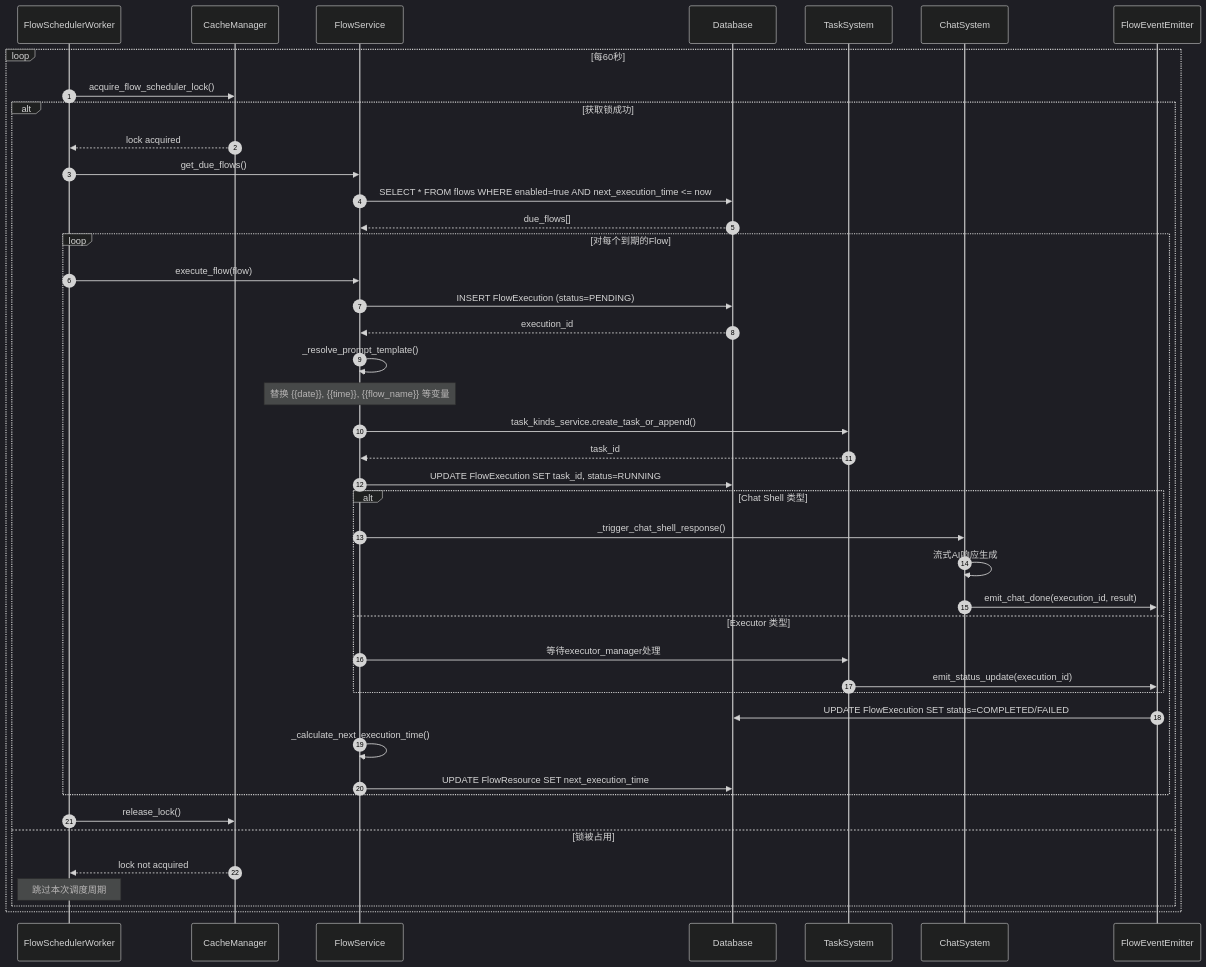
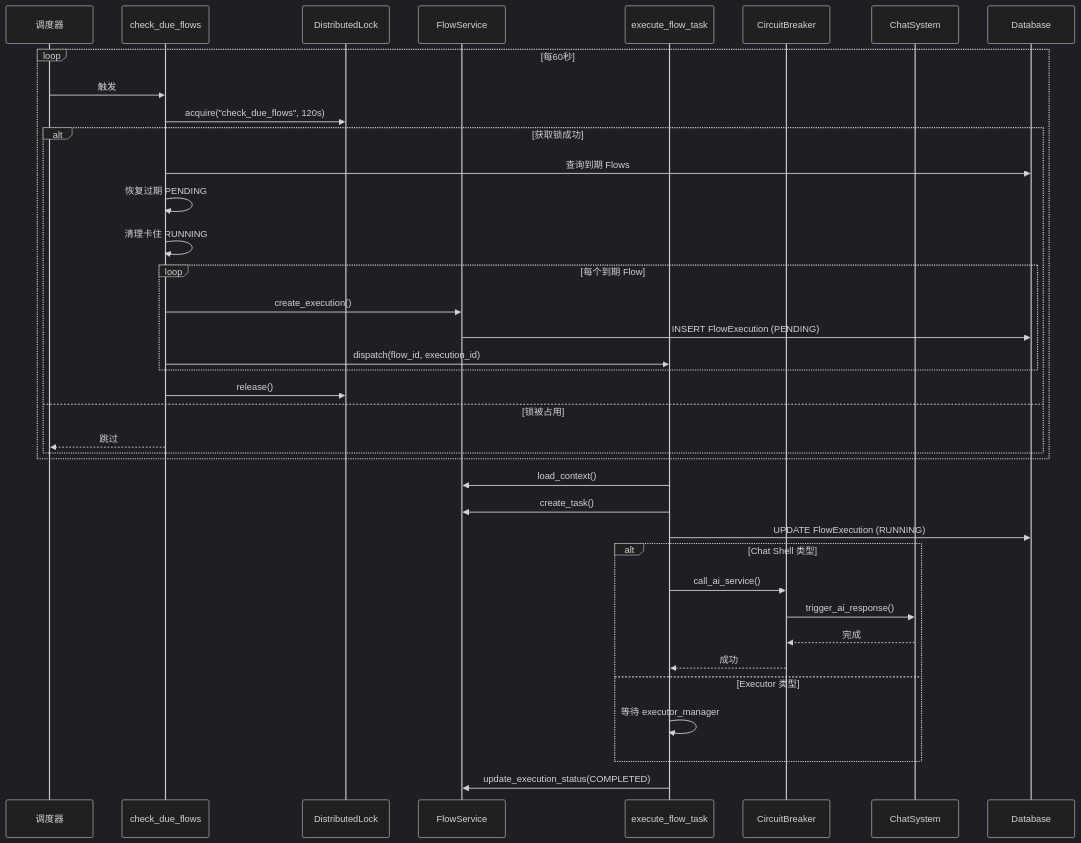
Before and after one commit to wecode-ai/Wegent: the second of 3 diagrams in docs/ai-flow-architecture.md, drawn with Mermaid (dark theme). The commit also changed other lines of this file and 7 other files, not shown here.

````diff
--- a/docs/ai-flow-architecture.md
+++ b/docs/ai-flow-architecture.md
@@ -337,51 +240,46 @@
 ```mermaid
 sequenceDiagram
-    autonumber
-    participant SCH as FlowSchedulerWorker
-    participant CACHE as CacheManager
+    participant SCH as 调度器
+    participant CHK as check_due_flows
+    participant DL as DistributedLock
     participant SVC as FlowService
+    participant EXE as execute_flow_task
+    participant CB as CircuitBreaker
+    participant CHAT as ChatSystem
     participant DB as Database
-    participant TASK as TaskSystem
-    participant CHAT as ChatSystem
-    participant EMT as FlowEventEmitter
 
     loop 每60秒
-        SCH->>CACHE: acquire_flow_scheduler_lock()
+        SCH->>CHK: 触发
+        CHK->>DL: acquire("check_due_flows", 120s)
         alt 获取锁成功
-            CACHE-->>SCH: lock acquired
-            SCH->>SVC: get_due_flows()
-            SVC->>DB: SELECT * FROM flows WHERE enabled=true AND next_execution_time <= now
-            DB-->>SVC: due_flows[]
+            CHK->>DB: 查询到期 Flows
+            CHK->>CHK: 恢复过期 PENDING
+            CHK->>CHK: 清理卡住 RUNNING
 
-            loop 对每个到期的Flow
-                SCH->>SVC: execute_flow(flow)
-                SVC->>DB: INSERT FlowExecution (status=PENDING)
-                DB-->>SVC: execution_id
-                SVC->>SVC: _resolve_prompt_template()
-                Note over SVC: 替换 {{date}}, {{time}}, {{flow_name}} 等变量
-
-                SVC->>TASK: task_kinds_service.create_task_or_append()
-                TASK-->>SVC: task_id
-                SVC->>DB: UPDATE FlowExecution SET task_id, status=RUNNING
-
-                alt Chat Shell 类型
-                    SVC->>CHAT: _trigger_chat_shell_response()
-                    CHAT->>CHAT: 流式AI响应生成
-                    CHAT->>EMT: emit_chat_done(execution_id, result)
-                else Executor 类型
-                    SVC->>TASK: 等待executor_manager处理
-                    TASK->>EMT: emit_status_update(execution_id)
-                end
-
-                EMT->>DB: UPDATE FlowExecution SET status=COMPLETED/FAILED
-                SVC->>SVC: _calculate_next_execution_time()
-                SVC->>DB: UPDATE FlowResource SET next_execution_time
+            loop 每个到期 Flow
+                CHK->>SVC: create_execution()
+                SVC->>DB: INSERT FlowExecution (PENDING)
+                CHK->>EXE: dispatch(flow_id, execution_id)
             end
 
-            SCH->>CACHE: release_lock()
+            CHK->>DL: release()
         else 锁被占用
-            CACHE-->>SCH: lock not acquired
-            Note over SCH: 跳过本次调度周期
+            CHK-->>SCH: 跳过
         end
     end
+
+    EXE->>SVC: load_context()
+    EXE->>SVC: create_task()
+    EXE->>DB: UPDATE FlowExecution (RUNNING)
+
+    alt Chat Shell 类型
+        EXE->>CB: call_ai_service()
+        CB->>CHAT: trigger_ai_response()
+        CHAT-->>CB: 完成
+        CB-->>EXE: 成功
+    else Executor 类型
+        EXE->>EXE: 等待 executor_manager
+    end
+
+    EXE->>SVC: update_execution_status(COMPLETED)
 ```
````
